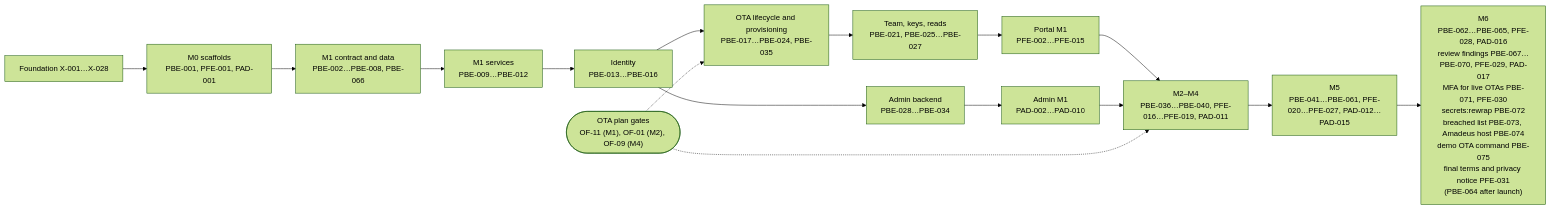
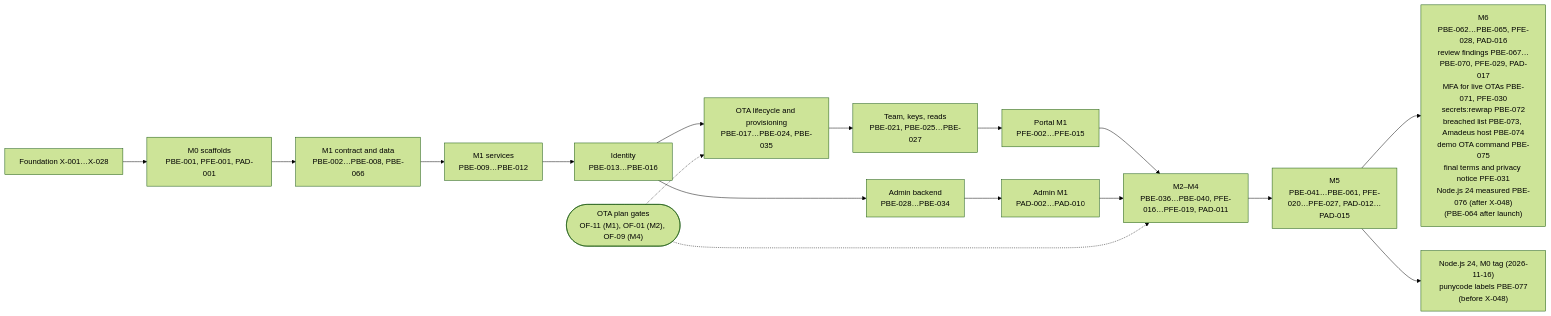
The diagram in platform/docs/plans/agent-tasks.md (bhagwati-prasad/velexis-ota), drawn with Mermaid (forest theme) before and after one commit. The commit also changed other lines of this file and 15 other files, not shown here.

````diff
--- a/platform/docs/plans/agent-tasks.md
+++ b/platform/docs/plans/agent-tasks.md
@@ -2312,18 +2349,19 @@
 ```mermaid
 flowchart LR
   X["Foundation X-001…X-028"] --> M0["M0 scaffolds<br/>PBE-001, PFE-001, PAD-001"]
   M0 --> C1["M1 contract and data<br/>PBE-002…PBE-008, PBE-066"]
   C1 --> S1["M1 services<br/>PBE-009…PBE-012"]
   S1 --> ID["Identity<br/>PBE-013…PBE-016"]
   ID --> LC["OTA lifecycle and provisioning<br/>PBE-017…PBE-024, PBE-035"]
   LC --> TM["Team, keys, reads<br/>PBE-021, PBE-025…PBE-027"]
   ID --> AD["Admin backend<br/>PBE-028…PBE-034"]
   TM --> PFE["Portal M1<br/>PFE-002…PFE-015"]
   AD --> PAD["Admin M1<br/>PAD-002…PAD-010"]
   PFE --> M24["M2–M4<br/>PBE-036…PBE-040, PFE-016…PFE-019, PAD-011"]
   PAD --> M24
   M24 --> M5["M5<br/>PBE-041…PBE-061, PFE-020…PFE-027, PAD-012…PAD-015"]
-  M5 --> M6["M6<br/>PBE-062…PBE-065, PFE-028, PAD-016<br/>review findings PBE-067…PBE-070, PFE-029, PAD-017<br/>MFA for live OTAs PBE-071, PFE-030<br/>secrets:rewrap PBE-072<br/>breached list PBE-073, Amadeus host PBE-074<br/>demo OTA command PBE-075<br/>final terms and privacy notice PFE-031<br/>(PBE-064 after launch)"]
+  M5 --> M6["M6<br/>PBE-062…PBE-065, PFE-028, PAD-016<br/>review findings PBE-067…PBE-070, PFE-029, PAD-017<br/>MFA for live OTAs PBE-071, PFE-030<br/>secrets:rewrap PBE-072<br/>breached list PBE-073, Amadeus host PBE-074<br/>demo OTA command PBE-075<br/>final terms and privacy notice PFE-031<br/>Node.js 24 measured PBE-076 (after X-048)<br/>(PBE-064 after launch)"]
+  M5 --> N24["Node.js 24, M0 tag (2026-11-16)<br/>punycode labels PBE-077<br/>(before X-048)"]
   OTA(["OTA plan gates<br/>OF-11 (M1), OF-01 (M2), OF-09 (M4)"]) -.-> LC
   OTA -.-> M24
 ```
````
